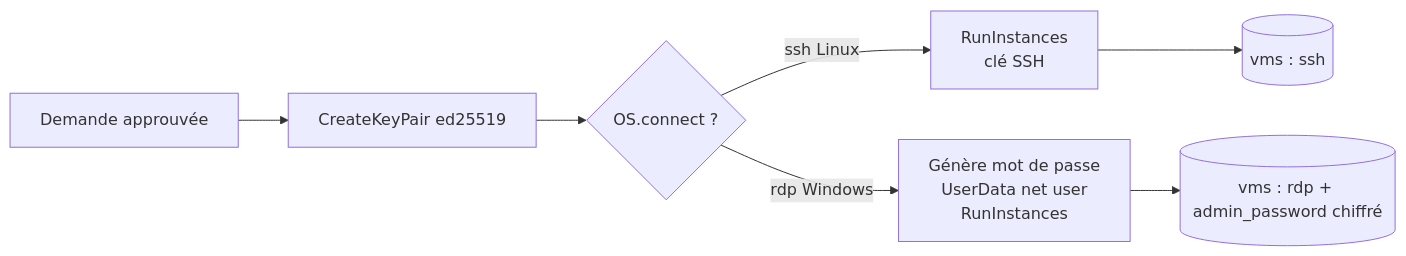
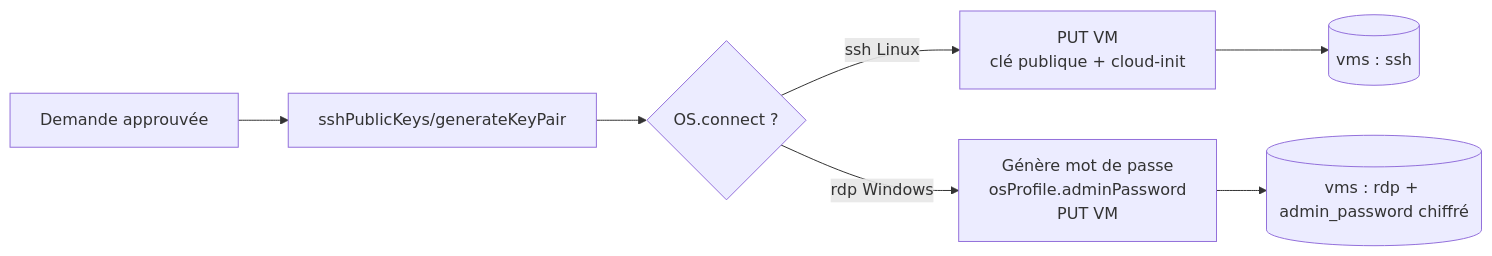
The fifth of 5 diagrams in docs/ARCHITECTURE.md (Thomas-TP/GIT-VM-Azure), drawn with Mermaid before and after one commit. The commit also changed other lines of this file and 5 other files, not shown here.

First line of the commit message:
docs: adapter CONFIGURATION/DEPLOYMENT/ARCHITECTURE a Azure + ADR 0010

````diff
--- a/docs/ARCHITECTURE.md
+++ b/docs/ARCHITECTURE.md
@@ -165,9 +174,9 @@
 ```mermaid
 flowchart LR
-    R[Demande approuvée] --> K[CreateKeyPair ed25519]
+    R[Demande approuvée] --> K[sshPublicKeys/generateKeyPair]
     K --> O{OS.connect ?}
-    O -->|ssh Linux| L[RunInstances<br/>clé SSH]
-    O -->|rdp Windows| Wn[Génère mot de passe<br/>UserData net user<br/>RunInstances]
+    O -->|ssh Linux| L[PUT VM<br/>clé publique + cloud-init]
+    O -->|rdp Windows| Wn[Génère mot de passe<br/>osProfile.adminPassword<br/>PUT VM]
     L --> V[(vms : ssh)]
     Wn --> Vp[(vms : rdp + admin_password chiffré)]
 ```
````
